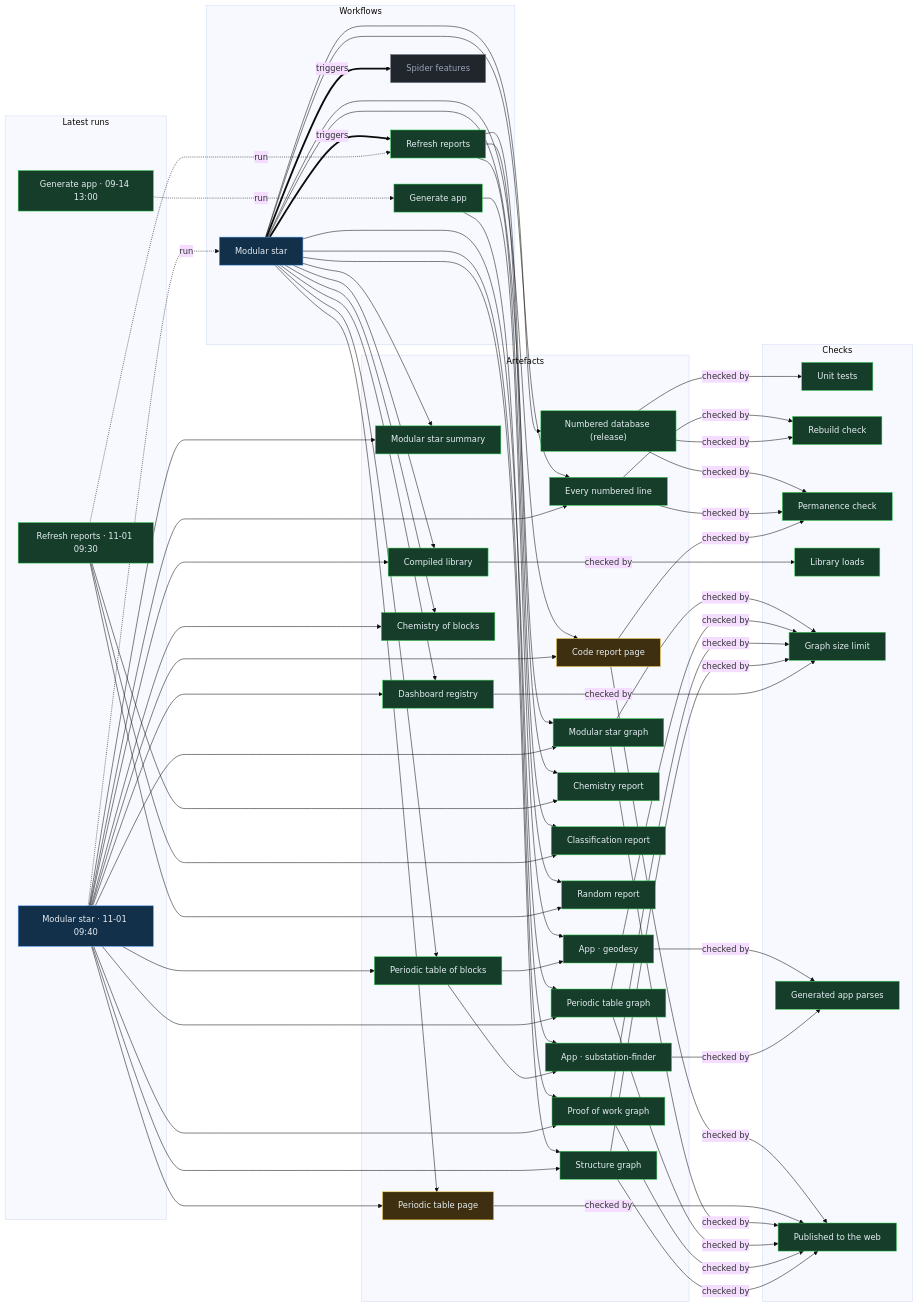
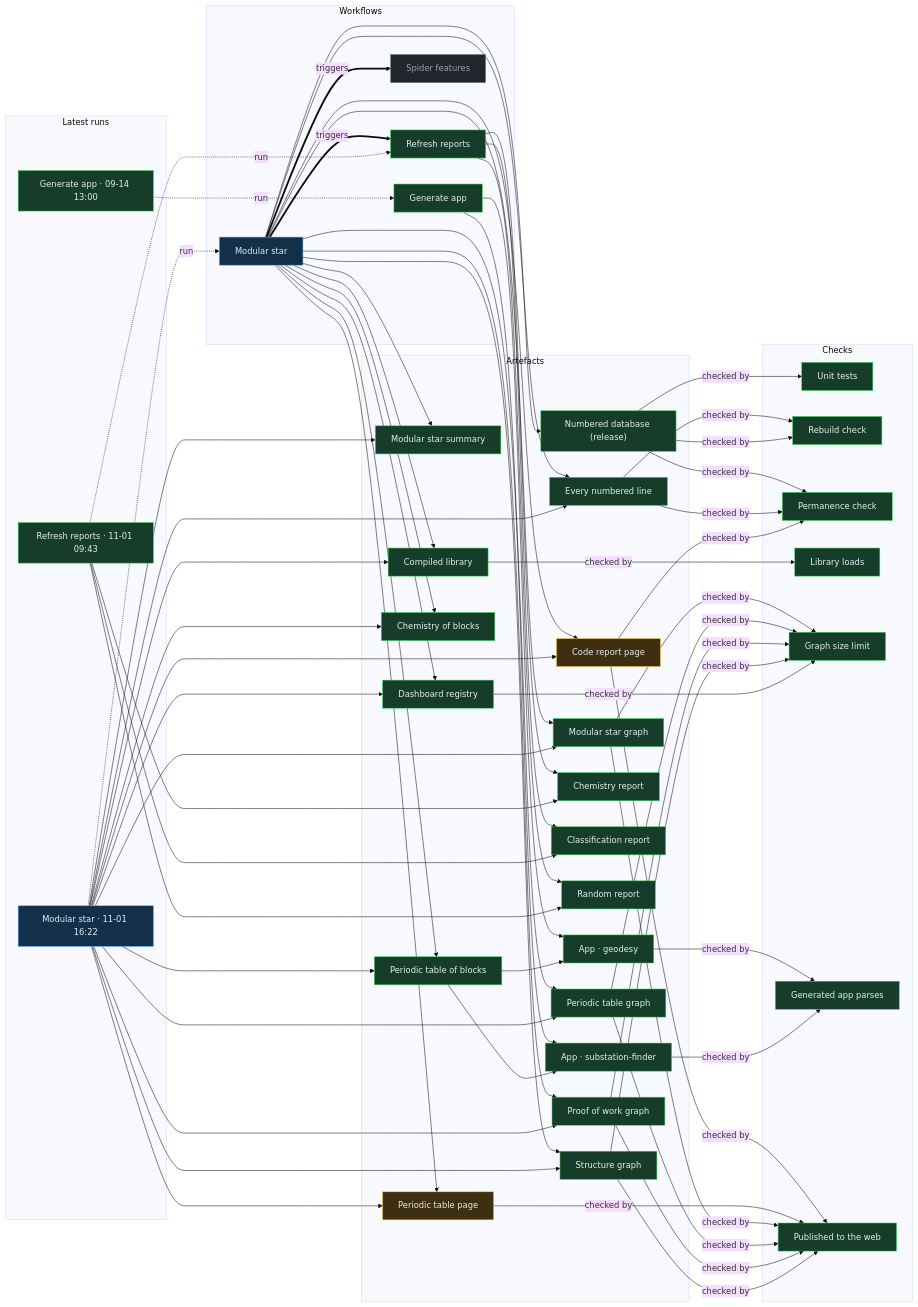
The diagram in proof/PROOF.md (Ventusltd/stars), drawn with Mermaid (base theme) before and after one commit. The commit also changed other lines of this file and 56 other files, not shown here.

Commit message:
Modular star 2026-11-01T16:25Z

```diff
--- a/proof/PROOF.md
+++ b/proof/PROOF.md
@@ -24,8 +24,8 @@
   n_wf_spider_features["Spider features"]:::off
   end
   subgraph g_runs["Latest runs"]
-  n_run_41294128633["Modular star · 11-01 09:40"]:::live
-  n_run_41293405654["Refresh reports · 11-01 09:30"]:::ok
+  n_run_41326032244["Modular star · 11-01 16:22"]:::live
+  n_run_41294323092["Refresh reports · 11-01 09:43"]:::ok
   n_run_34846587798["Generate app · 09-14 13:00"]:::ok
   end
   subgraph g_artefacts["Artefacts"]
@@ -59,39 +59,39 @@
   end
   n_wf_modular_star == triggers ==> n_wf_refresh
   n_wf_modular_star == triggers ==> n_wf_spider_features
-  n_run_41294128633 -. run .-> n_wf_modular_star
-  n_run_41293405654 -. run .-> n_wf_refresh
+  n_run_41326032244 -. run .-> n_wf_modular_star
+  n_run_41294323092 -. run .-> n_wf_refresh
   n_run_34846587798 -. run .-> n_wf_generate
   n_wf_modular_star --> n_art_summary
-  n_run_41294128633 --> n_art_summary
+  n_run_41326032244 --> n_art_summary
   n_wf_modular_star --> n_art_lines
-  n_run_41294128633 --> n_art_lines
+  n_run_41326032244 --> n_art_lines
   n_wf_modular_star --> n_art_code
-  n_run_41294128633 --> n_art_code
+  n_run_41326032244 --> n_art_code
   n_wf_modular_star --> n_art_modular_graph
-  n_run_41294128633 --> n_art_modular_graph
+  n_run_41326032244 --> n_art_modular_graph
   n_wf_modular_star --> n_art_blocks
-  n_run_41294128633 --> n_art_blocks
+  n_run_41326032244 --> n_art_blocks
   n_wf_modular_star --> n_art_table
-  n_run_41294128633 --> n_art_table
+  n_run_41326032244 --> n_art_table
   n_wf_modular_star --> n_art_blocks_graph
-  n_run_41294128633 --> n_art_blocks_graph
+  n_run_41326032244 --> n_art_blocks_graph
   n_wf_modular_star --> n_art_reactions
-  n_run_41294128633 --> n_art_reactions
+  n_run_41326032244 --> n_art_reactions
   n_wf_modular_star --> n_art_library
-  n_run_41294128633 --> n_art_library
+  n_run_41326032244 --> n_art_library
   n_wf_modular_star --> n_art_features
-  n_run_41294128633 --> n_art_features
+  n_run_41326032244 --> n_art_features
   n_wf_modular_star --> n_art_proof
-  n_run_41294128633 --> n_art_proof
+  n_run_41326032244 --> n_art_proof
   n_wf_modular_star --> n_art_structure
-  n_run_41294128633 --> n_art_structure
+  n_run_41326032244 --> n_art_structure
   n_wf_refresh --> n_art_chemistry
-  n_run_41293405654 --> n_art_chemistry
+  n_run_41294323092 --> n_art_chemistry
   n_wf_refresh --> n_art_vedic
-  n_run_41293405654 --> n_art_vedic
+  n_run_41294323092 --> n_art_vedic
   n_wf_refresh --> n_art_random
-  n_run_41293405654 --> n_art_random
+  n_run_41294323092 --> n_art_random
   n_wf_modular_star --> n_art_release
   n_wf_generate --> n_app_geodesy
   n_art_blocks --> n_app_geodesy
```
